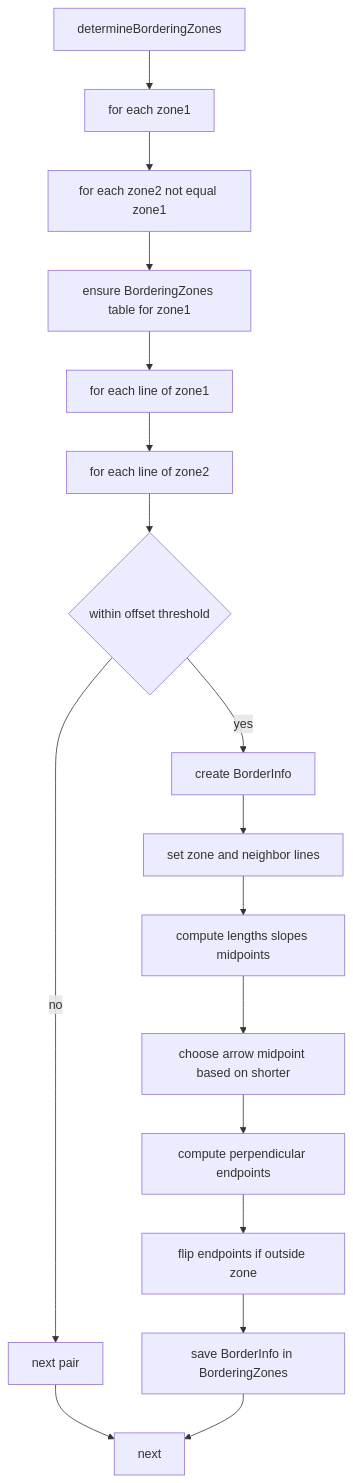
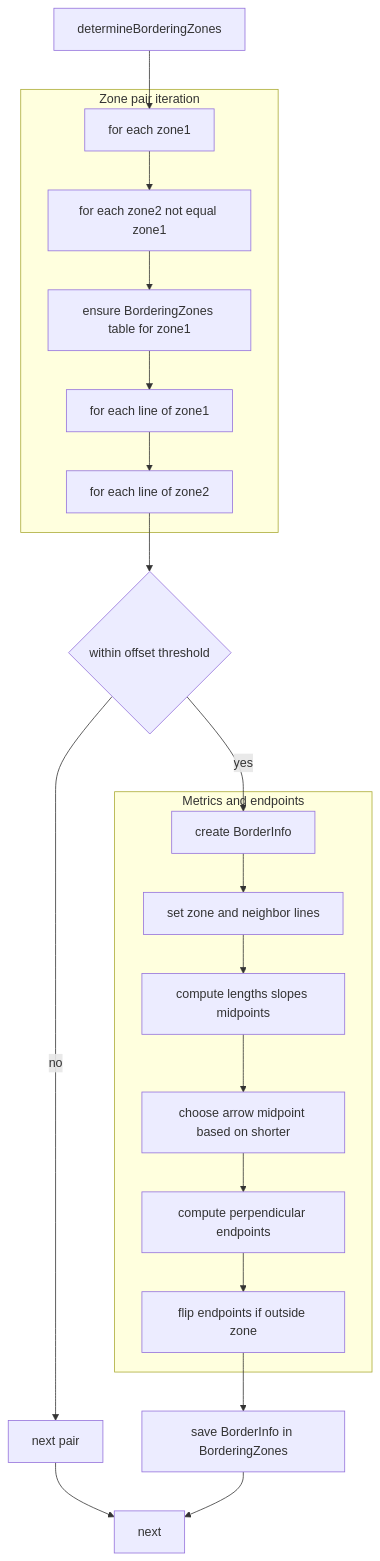
Before and after one commit to Gh0st352/AETHR: the first of 3 diagrams in docs/zone_manager/borders_and_master.md, drawn with Mermaid. The commit also changed other lines of this file and 6 other files, not shown here.

Commit message:
docs(zone_manager, mermaid): normalize headings, restructure Mermaid diagrams, and add shared theme & class annotations

````diff
--- a/docs/zone_manager/borders_and_master.md
+++ b/docs/zone_manager/borders_and_master.md
@@ -31,19 +31,27 @@
 ```mermaid
+%% shared theme: docs/_mermaid/theme.json %%
 flowchart TD
   A[determineBorderingZones] --> B[for each zone1]
-  B --> C[for each zone2 not equal zone1]
-  C --> D[ensure BorderingZones table for zone1]
-  D --> E[for each line of zone1]
-  E --> F[for each line of zone2]
+  subgraph "Zone pair iteration"
+    B --> C[for each zone2 not equal zone1]
+    C --> D[ensure BorderingZones table for zone1]
+    D --> E[for each line of zone1]
+    E --> F[for each line of zone2]
+  end
   F --> G{within offset threshold}
   G -->|no| H[next pair]
   G -->|yes| I[create BorderInfo]
-  I --> J[set zone and neighbor lines]
-  J --> K[compute lengths slopes midpoints]
-  K --> L[choose arrow midpoint based on shorter]
-  L --> M[compute perpendicular endpoints]
-  M --> N[flip endpoints if outside zone]
+  subgraph "Metrics and endpoints"
+    I --> J[set zone and neighbor lines]
+    J --> K[compute lengths slopes midpoints]
+    K --> L[choose arrow midpoint based on shorter]
+    L --> M[compute perpendicular endpoints]
+    M --> N[flip endpoints if outside zone]
+  end
   N --> O[save BorderInfo in BorderingZones]
   H --> P[next]
   O --> P
+  class A,B,C,D,E,F,H,I,J,L,N,O,P class_step;
+  class K,M class_compute;
+  class G class_decision;
 ```
````
